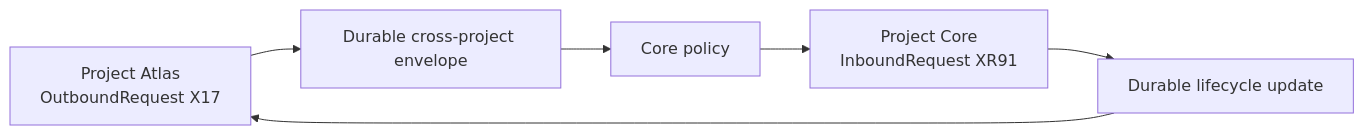
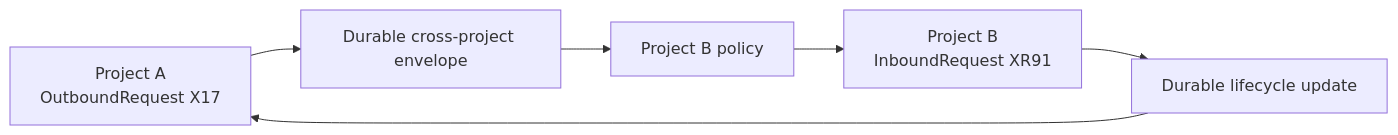
Before and after one commit to infagent/merl: the diagram in docs/product-description.md, drawn with Mermaid. The commit also changed other lines of this file and 2 other files, not shown here.

Commit message:
docs: use generic project names

````diff
--- a/docs/product-description.md
+++ b/docs/product-description.md
@@ -123,8 +121,8 @@
 ```mermaid
 flowchart LR
-    L[Project Atlas<br/>OutboundRequest X17] --> E[Durable cross-project envelope]
-    E --> P[Core policy]
-    P --> C[Project Core<br/>InboundRequest XR91]
+    L[Project A<br/>OutboundRequest X17] --> E[Durable cross-project envelope]
+    E --> P[Project B policy]
+    P --> C[Project B<br/>InboundRequest XR91]
     C --> U[Durable lifecycle update]
     U --> L
 ```
````
